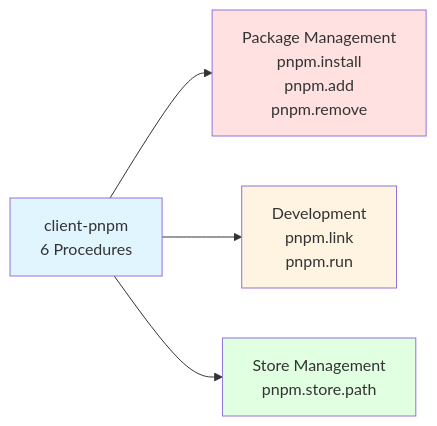
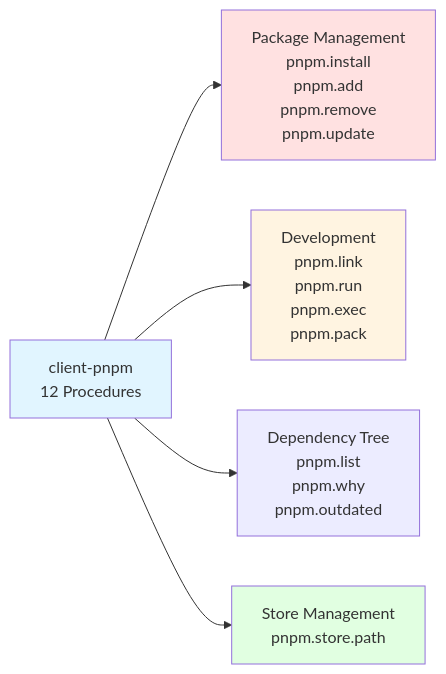
One commit to mark1russell7/client changed the second of 3 diagrams in packages/client-pnpm/README.md. Above: the diagram before and after it, drawn with Mermaid. The commit also changed other lines of this file and 18 other files, not shown here.

First line of the commit message:
@procedures/pnpm: --filter and -r, and exec, list, why, outdated, update, pack (roadmap R41)

````diff
--- a/packages/client-pnpm/README.md
+++ b/packages/client-pnpm/README.md
@@ -40,11 +40,12 @@
 ```mermaid
 graph LR
-    A[client-pnpm<br/>6 Procedures] --> B[Package Management<br/>pnpm.install<br/>pnpm.add<br/>pnpm.remove]
-    A --> C[Development<br/>pnpm.link<br/>pnpm.run]
+    A[client-pnpm<br/>12 Procedures] --> B[Package Management<br/>pnpm.install<br/>pnpm.add<br/>pnpm.remove<br/>pnpm.update]
+    A --> C[Development<br/>pnpm.link<br/>pnpm.run<br/>pnpm.exec<br/>pnpm.pack]
+    A --> E[Dependency Tree<br/>pnpm.list<br/>pnpm.why<br/>pnpm.outdated]
     A --> D[Store Management<br/>pnpm.store.path]
 
     style A fill:#e1f5ff
     style B fill:#ffe1e1
     style C fill:#fff4e1
     style D fill:#e1ffe1
 ```
````
